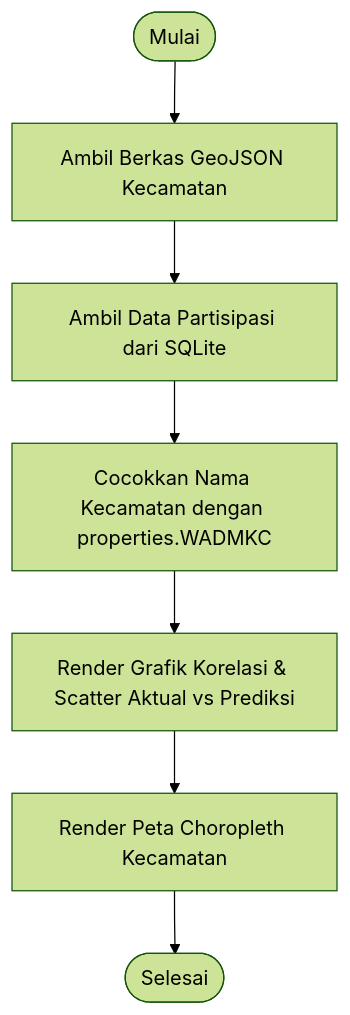
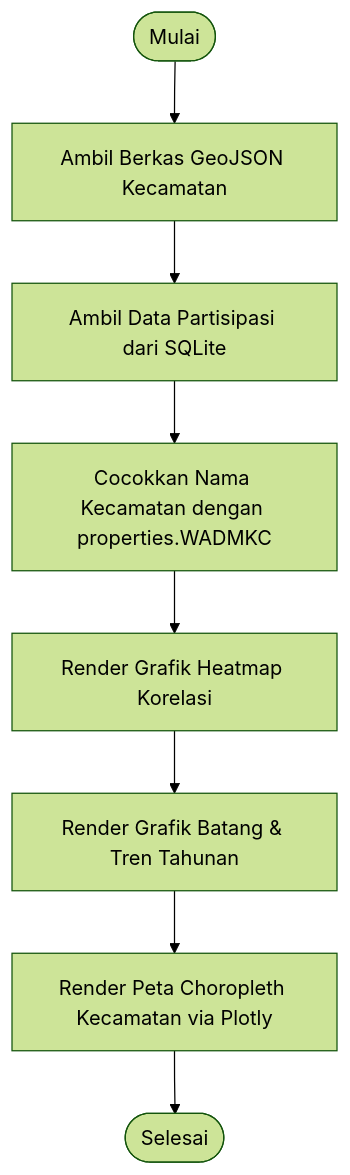
One commit to mhmmdo/polpart changed the seventh of 7 diagrams in docs/FLOWCHART_SISTEM.md. Above: the diagram before and after it, drawn with Mermaid (forest theme). The commit also changed other lines of this file and 11 other files, not shown here.

````diff
--- a/docs/FLOWCHART_SISTEM.md
+++ b/docs/FLOWCHART_SISTEM.md
@@ -159,9 +183,10 @@
 ```mermaid
 flowchart TD
     A([Mulai]) --> B[Ambil Berkas GeoJSON Kecamatan]
     B --> C[Ambil Data Partisipasi dari SQLite]
     C --> D[Cocokkan Nama Kecamatan dengan properties.WADMKC]
-    D --> E[Render Grafik Korelasi & Scatter Aktual vs Prediksi]
-    E --> F[Render Peta Choropleth Kecamatan]
-    F --> G([Selesai])
+    D --> E[Render Grafik Heatmap Korelasi]
+    E --> F[Render Grafik Batang & Tren Tahunan]
+    F --> G[Render Peta Choropleth Kecamatan via Plotly]
+    G --> H([Selesai])
 ```
````
